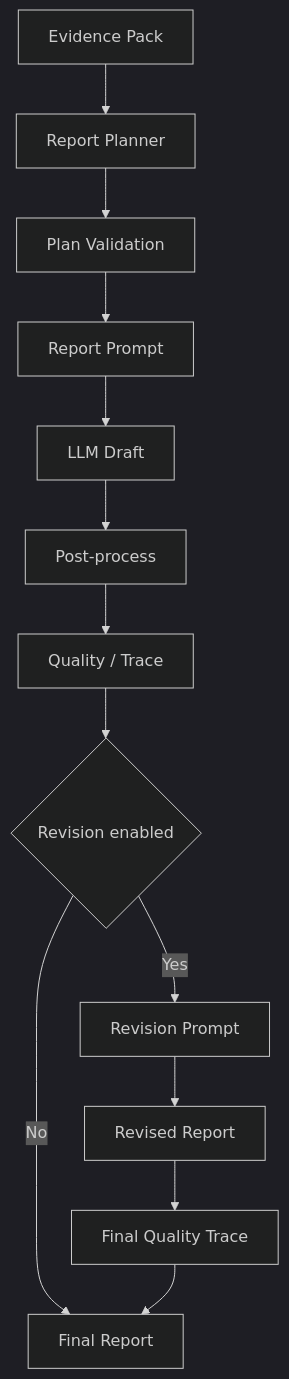
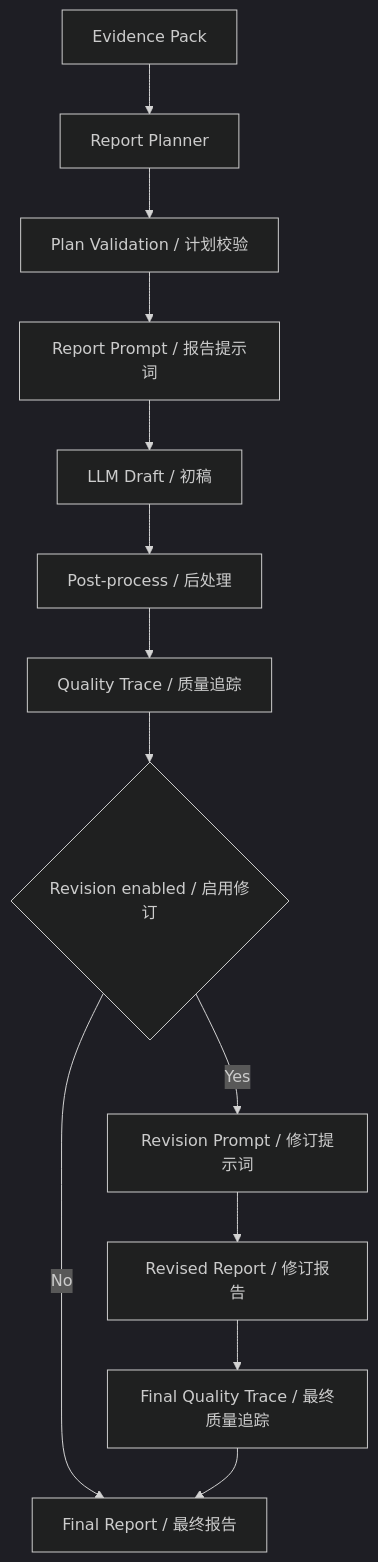
One commit to xiaodazhao/tbm-report changed the third of 3 diagrams in backend/docs/README.md. Above: the diagram before and after it, drawn with Mermaid (dark theme). The commit also changed other lines of this file and 1 other file, not shown here.

Commit message:
Add bilingual labels to Mermaid diagrams

````diff
--- a/backend/docs/README.md
+++ b/backend/docs/README.md
@@ -82,15 +82,15 @@
 ```mermaid
 flowchart TD
     A[Evidence Pack] --> B[Report Planner]
-    B --> C[Plan Validation]
-    C --> D[Report Prompt]
-    D --> E[LLM Draft]
-    E --> F[Post-process]
-    F --> G[Quality / Trace]
-    G --> H{Revision enabled}
-    H -- No --> I[Final Report]
-    H -- Yes --> J[Revision Prompt]
-    J --> K[Revised Report]
-    K --> L[Final Quality Trace]
+    B --> C[Plan Validation / 计划校验]
+    C --> D[Report Prompt / 报告提示词]
+    D --> E[LLM Draft / 初稿]
+    E --> F[Post-process / 后处理]
+    F --> G[Quality Trace / 质量追踪]
+    G --> H{Revision enabled / 启用修订}
+    H -- No --> I[Final Report / 最终报告]
+    H -- Yes --> J[Revision Prompt / 修订提示词]
+    J --> K[Revised Report / 修订报告]
+    K --> L[Final Quality Trace / 最终质量追踪]
     L --> I
 ```
````
